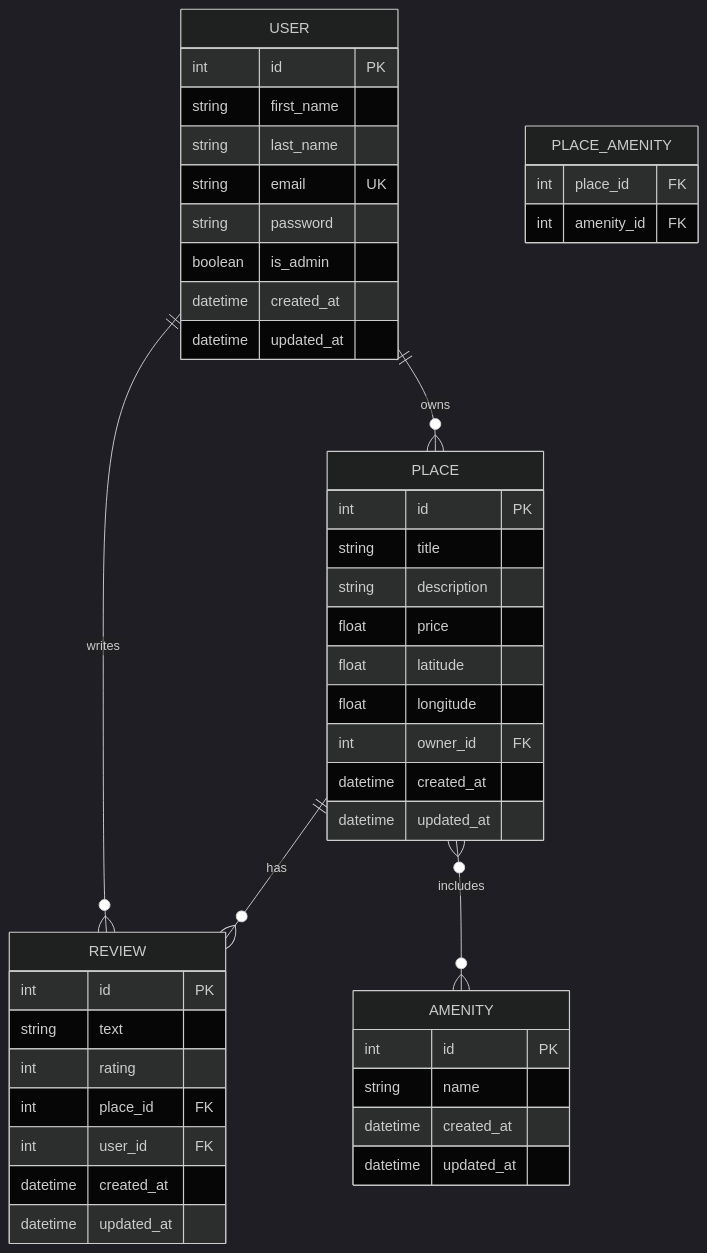
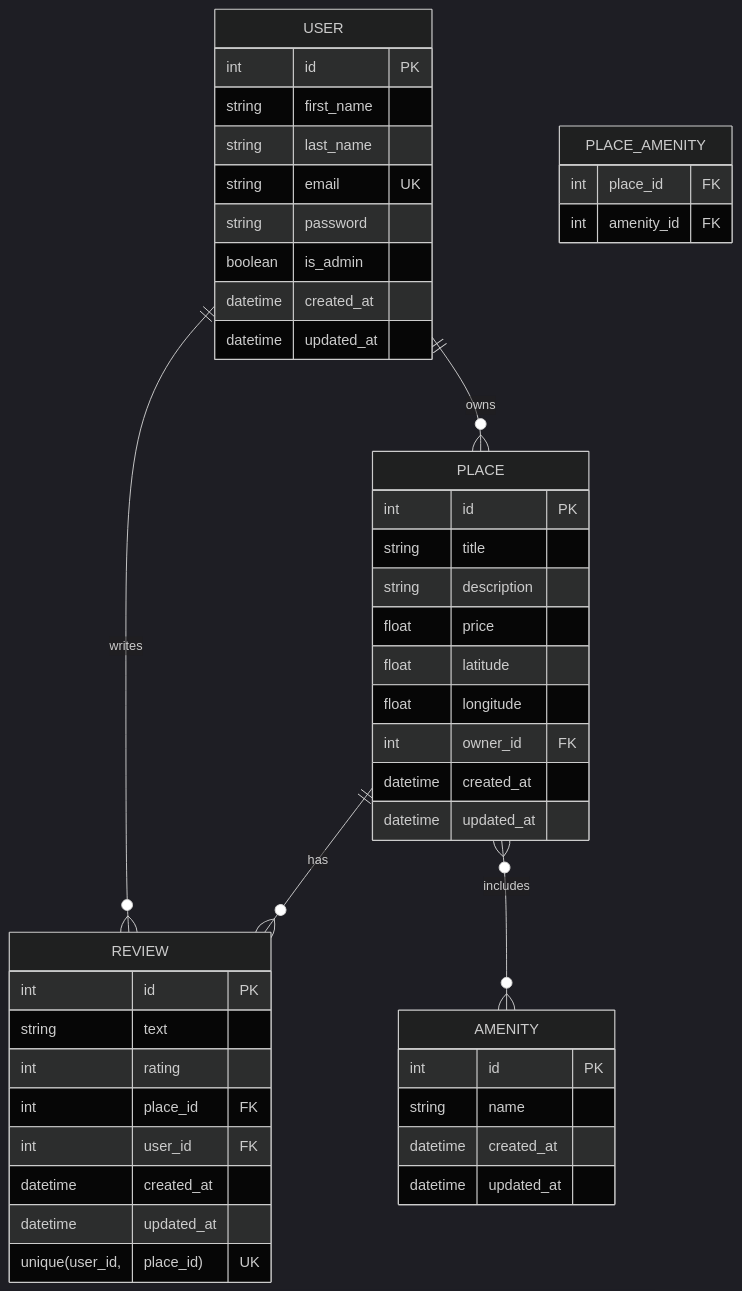
The first of 2 diagrams in part3/ER_diag.md (Lagui117/holbertonschool-hbnb), drawn with Mermaid (dark theme) before and after one commit. The commit also changed 43 other files, not shown here.

````diff
--- a/part3/ER_diag.md
+++ b/part3/ER_diag.md
@@ -5,52 +5,53 @@
 ```mermaid
 erDiagram
     USER ||--o{ PLACE : owns
     USER ||--o{ REVIEW : writes
     PLACE ||--o{ REVIEW : has
     PLACE }o--o{ AMENITY : includes
 
     USER {
         int id PK
         string first_name
         string last_name
         string email UK
         string password
         boolean is_admin
         datetime created_at
         datetime updated_at
     }
 
     PLACE {
         int id PK
         string title
         string description
         float price
         float latitude
         float longitude
         int owner_id FK
         datetime created_at
         datetime updated_at
     }
 
     REVIEW {
         int id PK
         string text
         int rating
         int place_id FK
         int user_id FK
         datetime created_at
         datetime updated_at
+        unique(user_id, place_id) UK
     }
 
     AMENITY {
         int id PK
         string name
         datetime created_at
         datetime updated_at
     }
 
     PLACE_AMENITY {
         int place_id FK
         int amenity_id FK
     }
 ```
````
